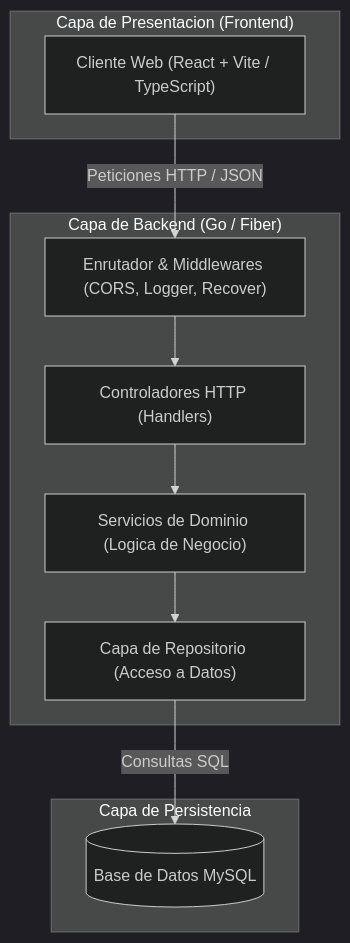
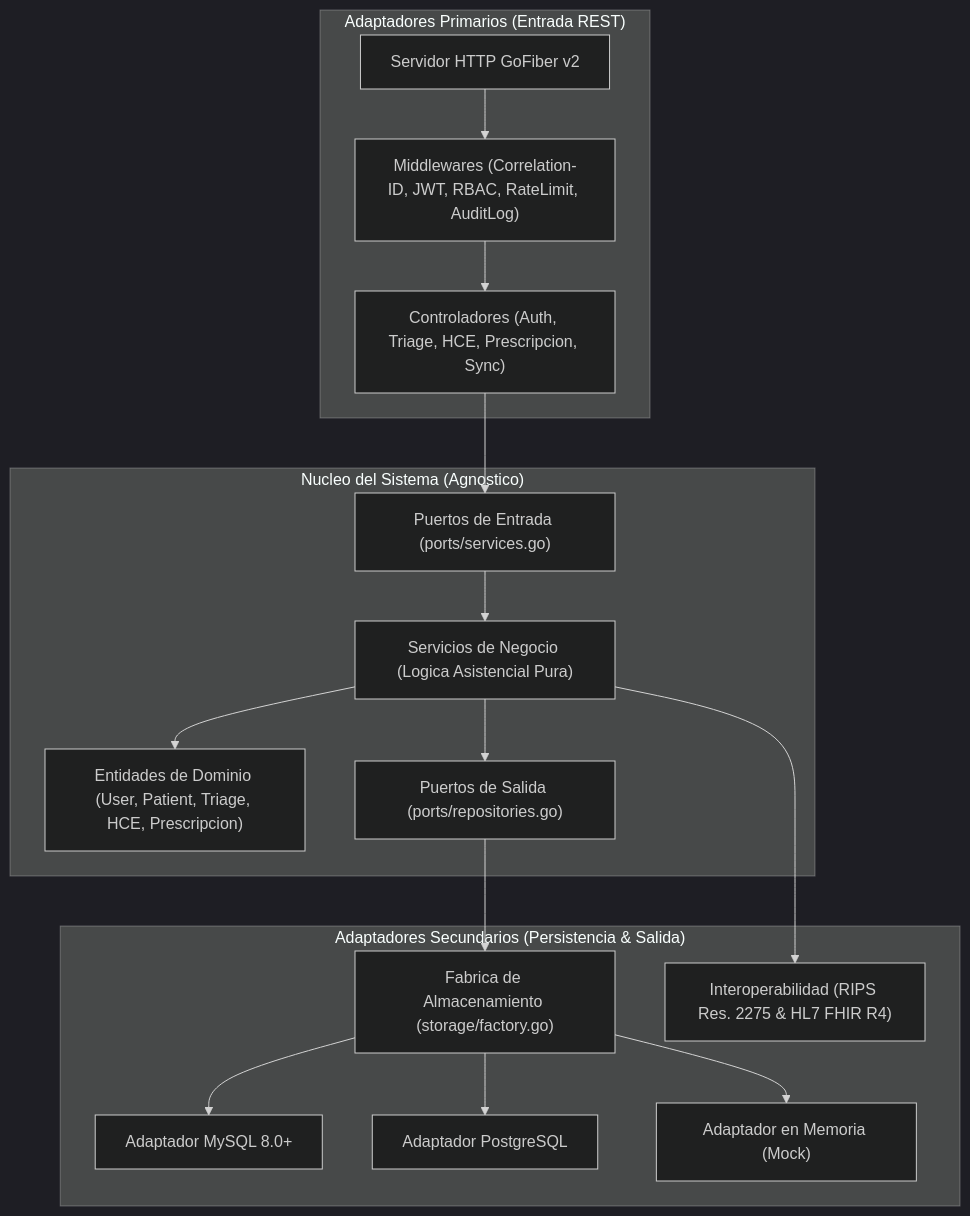
Before and after one commit to ThiagoVelez/Proyecto_felipe: the diagram in README.md, drawn with Mermaid (dark theme). The commit also changed other lines of this file and 10 other files, not shown here.

Commit message:
feat(storage): implementar adaptador postgresql y documentar arquitectura del backend en readme

````diff
--- a/README.md
+++ b/README.md
@@ -73,23 +29,35 @@
 ```mermaid
 flowchart TD
-    subgraph Cliente ["Capa de Presentacion (Frontend)"]
-        ReactApp["Cliente Web (React + Vite / TypeScript)"]
+    subgraph AdaptadoresPrimarios ["Adaptadores Primarios (Entrada REST)"]
+        FiberServer["Servidor HTTP GoFiber v2"]
+        Handlers["Controladores (Auth, Triage, HCE, Prescripcion, Sync)"]
+        Middlewares["Middlewares (Correlation-ID, JWT, RBAC, RateLimit, AuditLog)"]
     end
 
-    subgraph Backend ["Capa de Backend (Go / Fiber)"]
-        Router["Enrutador & Middlewares (CORS, Logger, Recover)"]
-        Handler["Controladores HTTP (Handlers)"]
-        Service["Servicios de Dominio (Logica de Negocio)"]
-        Repo["Capa de Repositorio (Acceso a Datos)"]
+    subgraph NucleoHexagonal ["Nucleo del Sistema (Agnostico)"]
+        PortsServices["Puertos de Entrada (ports/services.go)"]
+        Services["Servicios de Negocio (Logica Asistencial Pura)"]
+        Domain["Entidades de Dominio (User, Patient, Triage, HCE, Prescripcion)"]
+        PortsRepo["Puertos de Salida (ports/repositories.go)"]
     end
 
-    subgraph BaseDatos ["Capa de Persistencia"]
-        MySQL[(Base de Datos MySQL)]
+    subgraph AdaptadoresSecundarios ["Adaptadores Secundarios (Persistencia & Salida)"]
+        Factory["Fabrica de Almacenamiento (storage/factory.go)"]
+        MySQLAdapter["Adaptador MySQL 8.0+"]
+        PostgresAdapter["Adaptador PostgreSQL"]
+        MemoryAdapter["Adaptador en Memoria (Mock)"]
+        Interoperability["Interoperabilidad (RIPS Res. 2275 & HL7 FHIR R4)"]
     end
 
-    ReactApp -->|Peticiones HTTP / JSON| Router
-    Router --> Handler
-    Handler --> Service
-    Service --> Repo
-    Repo -->|Consultas SQL| MySQL
+    FiberServer --> Middlewares
+    Middlewares --> Handlers
+    Handlers --> PortsServices
+    PortsServices --> Services
+    Services --> Domain
+    Services --> PortsRepo
+    PortsRepo --> Factory
+    Factory --> MySQLAdapter
+    Factory --> PostgresAdapter
+    Factory --> MemoryAdapter
+    Services --> Interoperability
 ```
````
